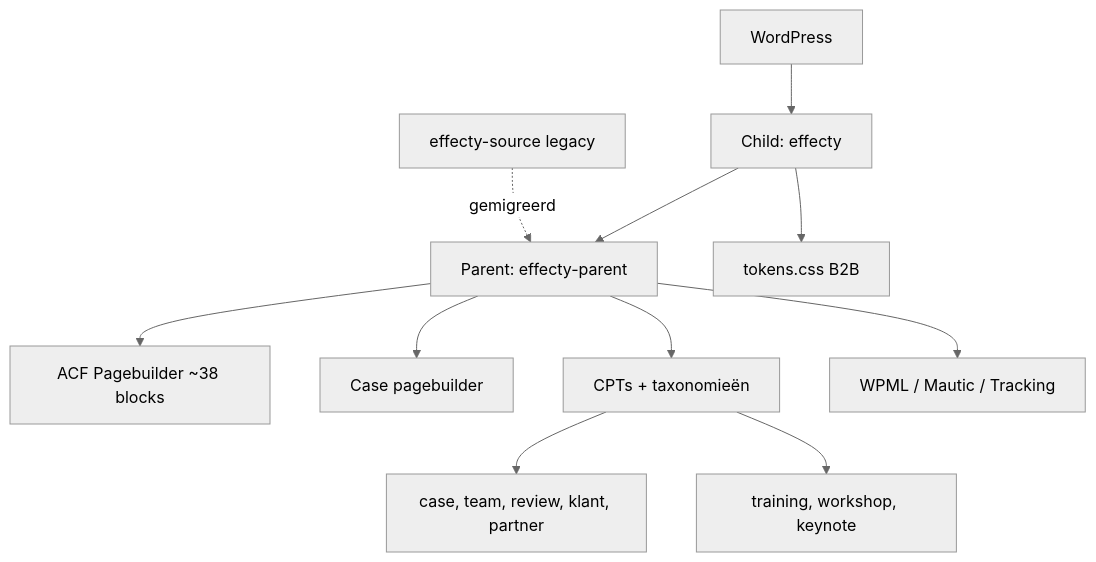
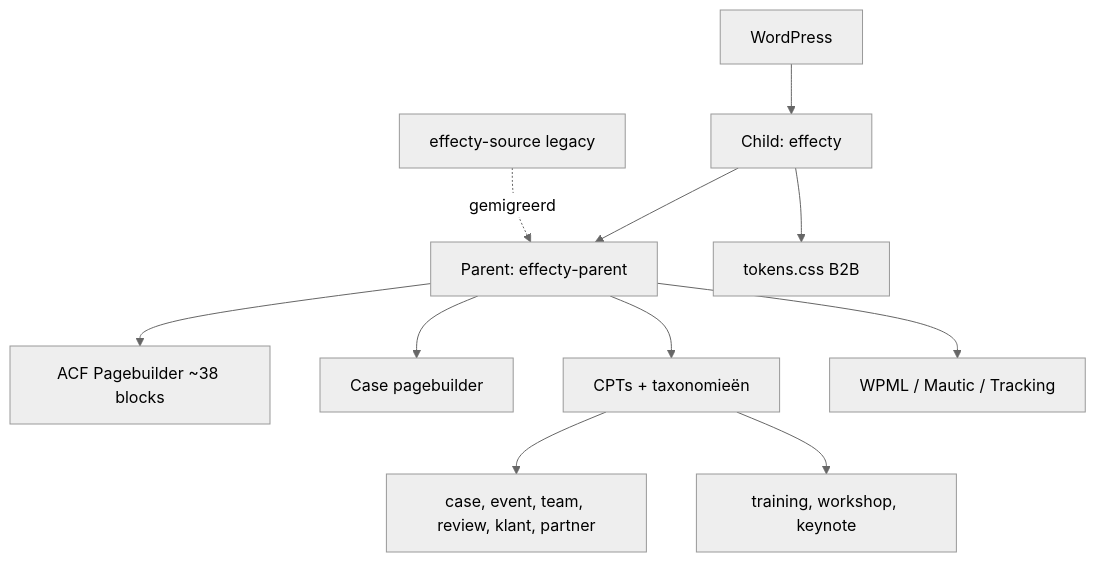
One commit to kayjilesen/documentationai-Docs changed the diagram in client-projects/effecty.mdx. Above: the diagram before and after it, drawn with Mermaid (neutral theme). The commit also changed other lines of this file and 2 other files, not shown here.

````diff
--- a/client-projects/effecty.mdx
+++ b/client-projects/effecty.mdx
@@ -127,13 +138,13 @@
 ```mermaid
 graph TD
     A["WordPress"] --> B["Child: effecty"]
     B --> C["Parent: effecty-parent"]
     B --> D["tokens.css B2B"]
     C --> E["ACF Pagebuilder ~38 blocks"]
     C --> F["Case pagebuilder"]
     C --> G["CPTs + taxonomieën"]
     C --> H["WPML / Mautic / Tracking"]
-    G --> I["case, team, review, klant, partner"]
+    G --> I["case, event, team, review, klant, partner"]
     G --> J["training, workshop, keynote"]
     K["effecty-source legacy"] -.->|"gemigreerd"| C
 ```
````
